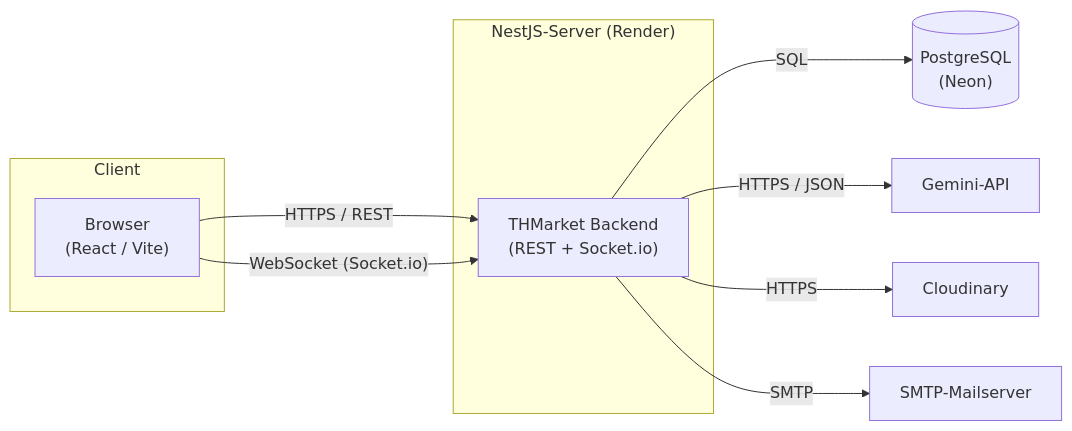
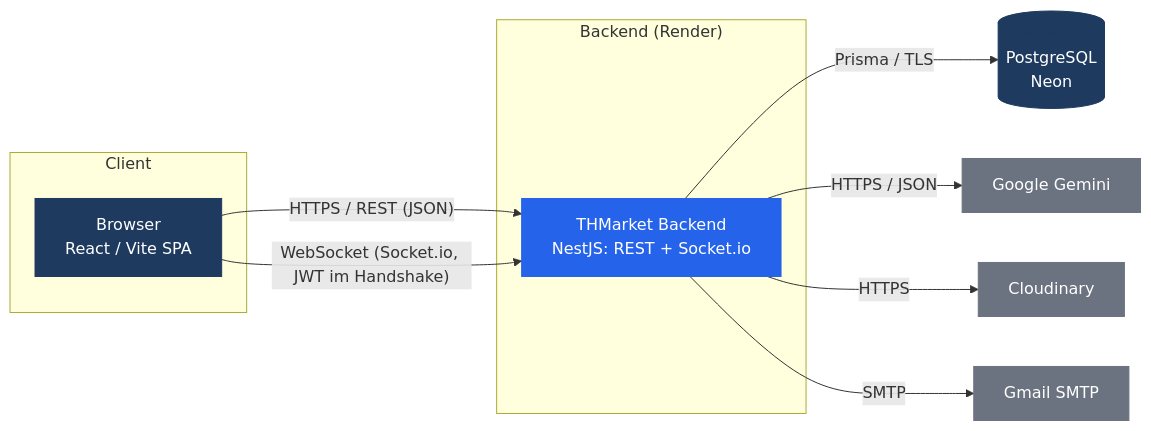
Before and after one commit to PatilYash0110/THMarket: the diagram in docs/arch/diagrams-code/a03-technischer-context.mmd, drawn with Mermaid. The commit also changed other lines of this file, not shown here.

Commit message:
docs(arch): update technischer Kontext diagram

```diff
--- a/docs/arch/diagrams-code/a03-technischer-context.mmd
+++ b/docs/arch/diagrams-code/a03-technischer-context.mmd
@@ -1,17 +1,28 @@
 graph LR
     subgraph Client["Client"]
-        Browser["Browser<br/>(React / Vite)"]
+        Browser["Browser<br/>React / Vite SPA"]
     end
-    subgraph Server["NestJS-Server (Render)"]
-        API["THMarket Backend<br/>(REST + Socket.io)"]
+    subgraph Server["Backend (Render)"]
+        API["THMarket Backend<br/>NestJS: REST + Socket.io"]
     end
-    DB[("PostgreSQL<br/>(Neon)")]
-    Gemini["Gemini-API"]
+    DB[("PostgreSQL<br/>Neon")]
+    Gemini["Google Gemini"]
     Cloudinary["Cloudinary"]
-    SMTP["SMTP-Mailserver"]
-    Browser -->|"HTTPS / REST"| API
-    Browser -->|"WebSocket (Socket.io)"| API
-    API -->|"SQL"| DB
+    SMTP["Gmail SMTP"]
+
+    Browser -->|"HTTPS / REST (JSON)"| API
+    Browser -->|"WebSocket (Socket.io, JWT im Handshake)"| API
+    API -->|"Prisma / TLS"| DB
     API -->|"HTTPS / JSON"| Gemini
     API -->|"HTTPS"| Cloudinary
     API -->|"SMTP"| SMTP
+
+    classDef client fill:#1e3a5f,stroke:#1e3a5f,color:#ffffff
+    classDef system fill:#2563eb,stroke:#2563eb,color:#ffffff
+    classDef db fill:#1e3a5f,stroke:#1e3a5f,color:#ffffff
+    classDef external fill:#6b7280,stroke:#6b7280,color:#ffffff
+
+    class Browser client
+    class API system
+    class DB db
+    class Gemini,Cloudinary,SMTP external
```
